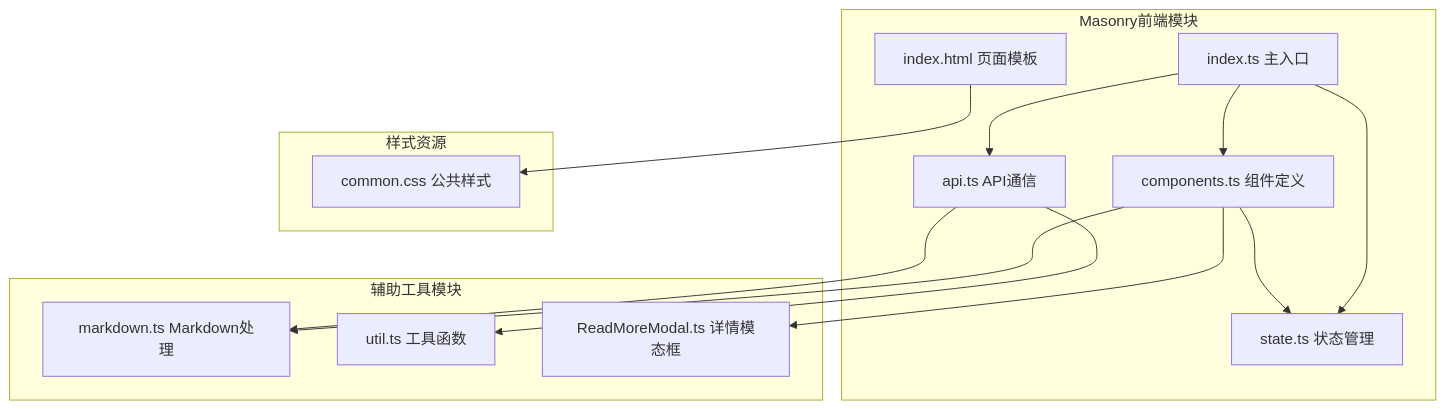
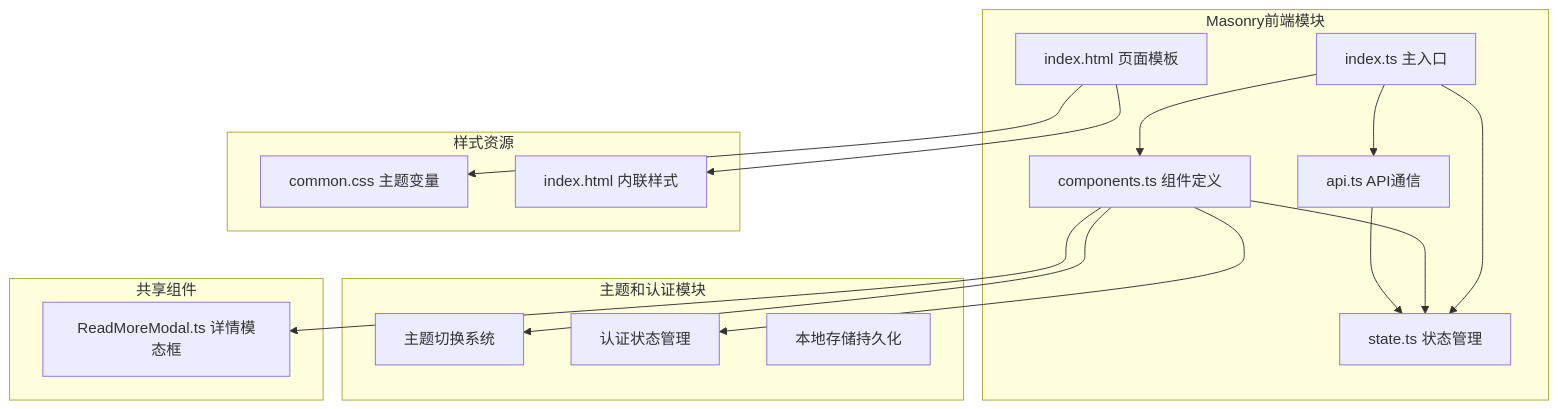
Before and after one commit to BlackBoxRecorder/memos: the first of 15 diagrams in .qoder/repowiki/zh/content/前端应用/Masonry瀑布流界面/Masonry瀑布流界面.md, drawn with Mermaid. The commit also changed other lines of this file and 30 other files, not shown here.

````diff
--- a/.qoder/repowiki/zh/content/前端应用/Masonry瀑布流界面/Masonry瀑布流界面.md
+++ b/.qoder/repowiki/zh/content/前端应用/Masonry瀑布流界面/Masonry瀑布流界面.md
@@ -46,27 +53,32 @@
 ```mermaid
 graph TB
 subgraph "Masonry前端模块"
 A[index.ts 主入口]
 B[state.ts 状态管理]
 C[components.ts 组件定义]
 D[api.ts API通信]
 E[index.html 页面模板]
 end
-subgraph "辅助工具模块"
-F[markdown.ts Markdown处理]
-G[util.ts 工具函数]
-H[ReadMoreModal.ts 详情模态框]
+subgraph "主题和认证模块"
+F[主题切换系统]
+G[认证状态管理]
+H[本地存储持久化]
+end
+subgraph "共享组件"
+I[ReadMoreModal.ts 详情模态框]
 end
 subgraph "样式资源"
-I[common.css 公共样式]
+J[common.css 主题变量]
+K[index.html 内联样式]
 end
 A --> B
 A --> C
 A --> D
 C --> B
 C --> F
-C --> H
-D --> F
-D --> G
-E --> I
+C --> G
+C --> I
+D --> B
+E --> J
+E --> K
 ```
````
